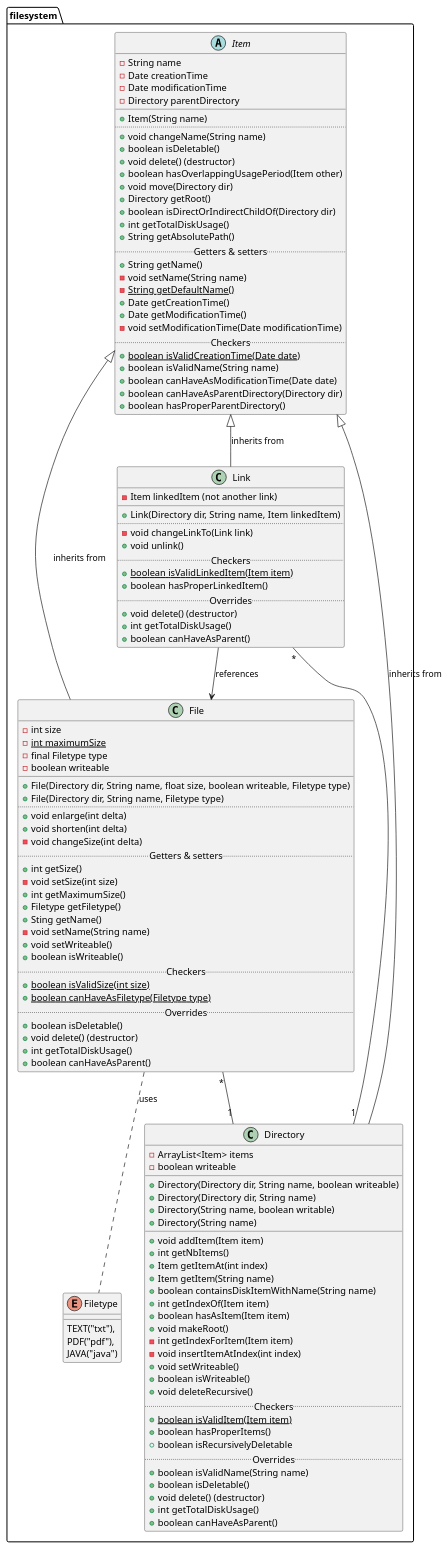
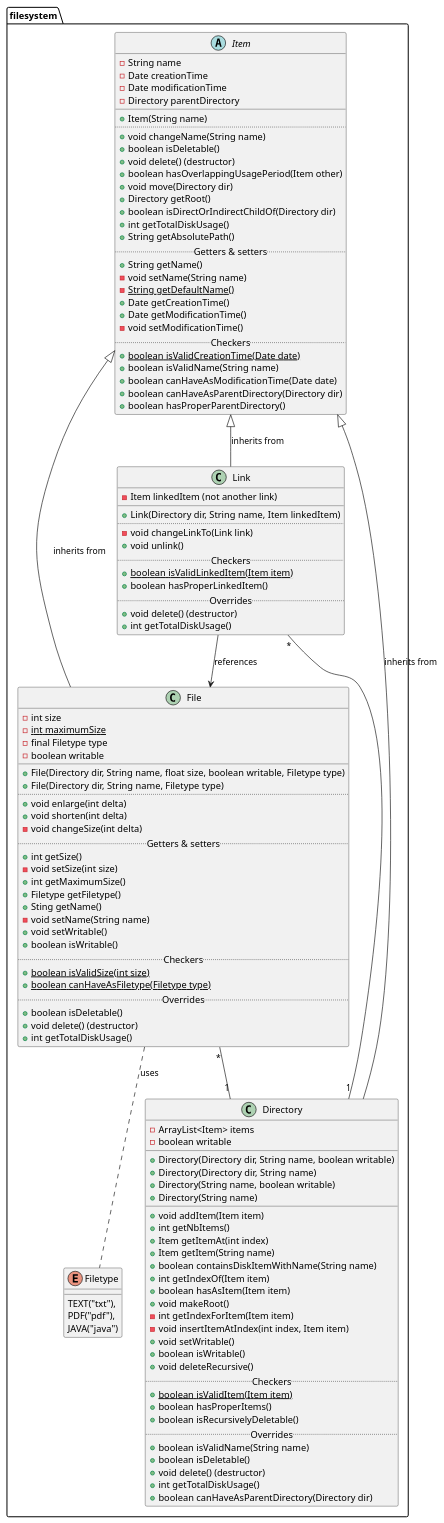
The diagram in class-diagram/classdiagram.puml (vanschependom/KULAK_ogp-practicum2), drawn with PlantUML before and after one commit. The commit also changed 1 other file, not shown here.

Commit message:
Updated classdiagram and added specification and implementation

```diff
--- a/class-diagram/classdiagram.puml
+++ b/class-diagram/classdiagram.puml
@@ -1,136 +1,134 @@
 @startuml
 
 package filesystem {
 
 abstract Item {
     - String name
     - Date creationTime
     - Date modificationTime
     - Directory parentDirectory
 __
     + Item(String name)
 ..
     + void changeName(String name)
     + boolean isDeletable()
     + void delete() (destructor)
     + boolean hasOverlappingUsagePeriod(Item other)
     + void move(Directory dir)
     + Directory getRoot()
     + boolean isDirectOrIndirectChildOf(Directory dir)
     + int getTotalDiskUsage()
     + String getAbsolutePath()
 ..Getters & setters..
     + String getName()
     - void setName(String name)
     - {static} String getDefaultName()
     + Date getCreationTime()
     + Date getModificationTime()
-    - void setModificationTime(Date modificationTime)
+    - void setModificationTime()
 ..Checkers..
     + {static} boolean isValidCreationTime(Date date)
     + boolean isValidName(String name)
     + boolean canHaveAsModificationTime(Date date)
     + boolean canHaveAsParentDirectory(Directory dir)
     + boolean hasProperParentDirectory()
 }
 
 class File {
     - int size
     - {static} int maximumSize
     - final Filetype type
-    - boolean writeable
+    - boolean writable
 __
-    + File(Directory dir, String name, float size, boolean writeable, Filetype type)
+    + File(Directory dir, String name, float size, boolean writable, Filetype type)
     + File(Directory dir, String name, Filetype type)
 ..
     + void enlarge(int delta)
     + void shorten(int delta)
     - void changeSize(int delta)
 ..Getters & setters..
     + int getSize()
     - void setSize(int size)
     + int getMaximumSize()
     + Filetype getFiletype()
     + Sting getName()
     - void setName(String name)
-    + void setWriteable()
-    + boolean isWriteable()
+    + void setWritable()
+    + boolean isWritable()
 ..Checkers..
     + {static} boolean isValidSize(int size)
     + {static} boolean canHaveAsFiletype(Filetype type)
 ..Overrides..
     + boolean isDeletable()
     + void delete() (destructor)
     + int getTotalDiskUsage()
-    + boolean canHaveAsParent()
 }
 
 enum Filetype {
     TEXT("txt"),
     PDF("pdf"),
     JAVA("java")
 }
 
 class Directory {
     - ArrayList<Item> items
-    - boolean writeable
+    - boolean writable
 __
-    + Directory(Directory dir, String name, boolean writeable)
+    + Directory(Directory dir, String name, boolean writable)
     + Directory(Directory dir, String name)
     + Directory(String name, boolean writable)
     + Directory(String name)
 __
     + void addItem(Item item)
     + int getNbItems()
     + Item getItemAt(int index)
     + Item getItem(String name)
     + boolean containsDiskItemWithName(String name)
     + int getIndexOf(Item item)
     + boolean hasAsItem(Item item)
     + void makeRoot()
     - int getIndexForItem(Item item)
-    - void insertItemAtIndex(int index)
-    + void setWriteable()
-    + boolean isWriteable()
+    - void insertItemAtIndex(int index, Item item)
+    + void setWritable()
+    + boolean isWritable()
     + void deleteRecursive()
 ..Checkers..
     + {static} boolean isValidItem(Item item)
     + boolean hasProperItems()
-    + boolean isRecursivelyDeletable
+    + boolean isRecursivelyDeletable()
 .. Overrides ..
     + boolean isValidName(String name)
     + boolean isDeletable()
     + void delete() (destructor)
     + int getTotalDiskUsage()
-    + boolean canHaveAsParent()
+    + boolean canHaveAsParentDirectory(Directory dir)
 }
 
 class Link {
     - Item linkedItem (not another link)
 __
     + Link(Directory dir, String name, Item linkedItem)
 ..
     - void changeLinkTo(Link link)
     + void unlink()
 ..Checkers..
     + {static} boolean isValidLinkedItem(Item item)
     + boolean hasProperLinkedItem()
 ..Overrides..
     + void delete() (destructor)
     + int getTotalDiskUsage()
-    + boolean canHaveAsParent()
 }
 
 Item <|-- Link: inherits from
 Item <|-- File: inherits from
 Item <|-- Directory: inherits from
 
 File .. Filetype: uses
 
 Link --> File: references
 Link "*" -- "1" Directory
 File "*" -- "1" Directory
 
 }
 
 @enduml
```
